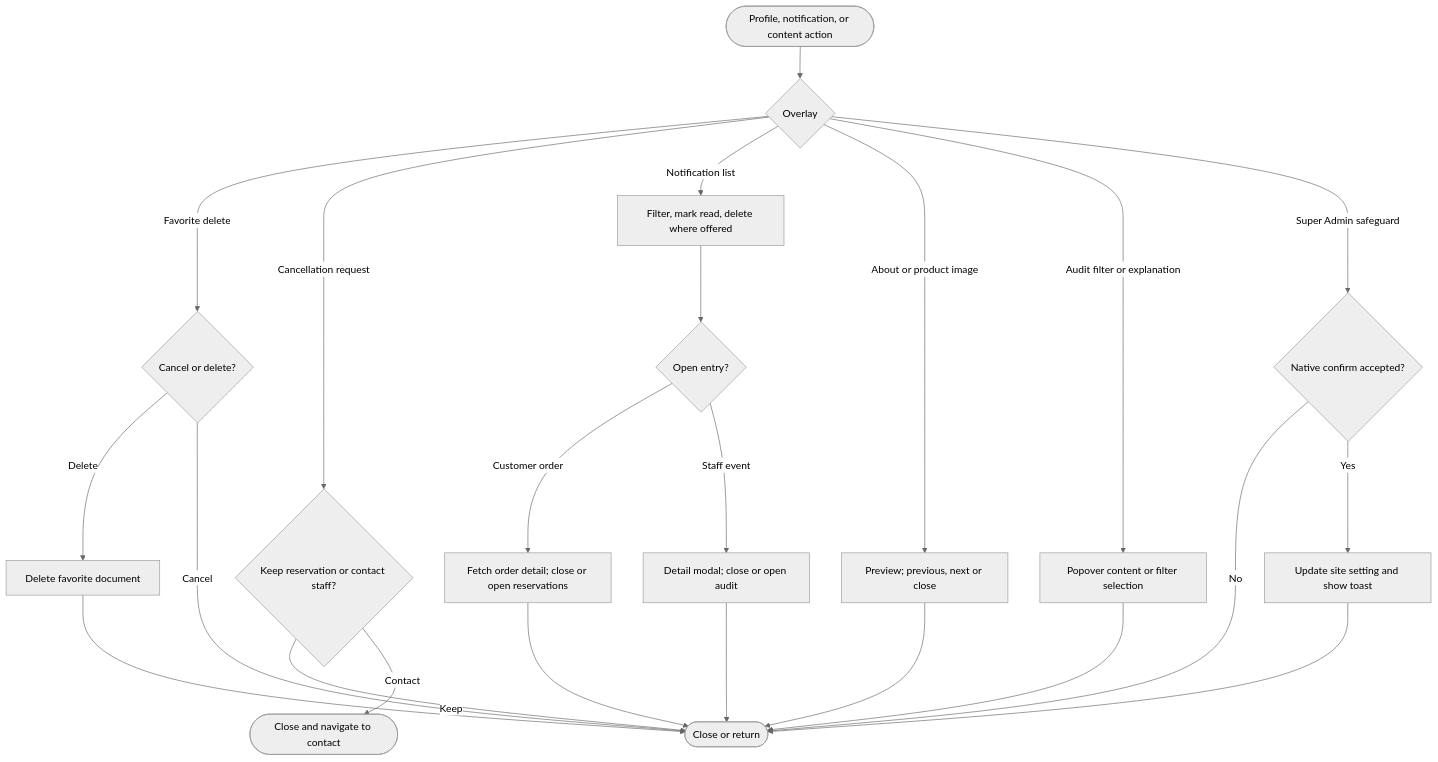
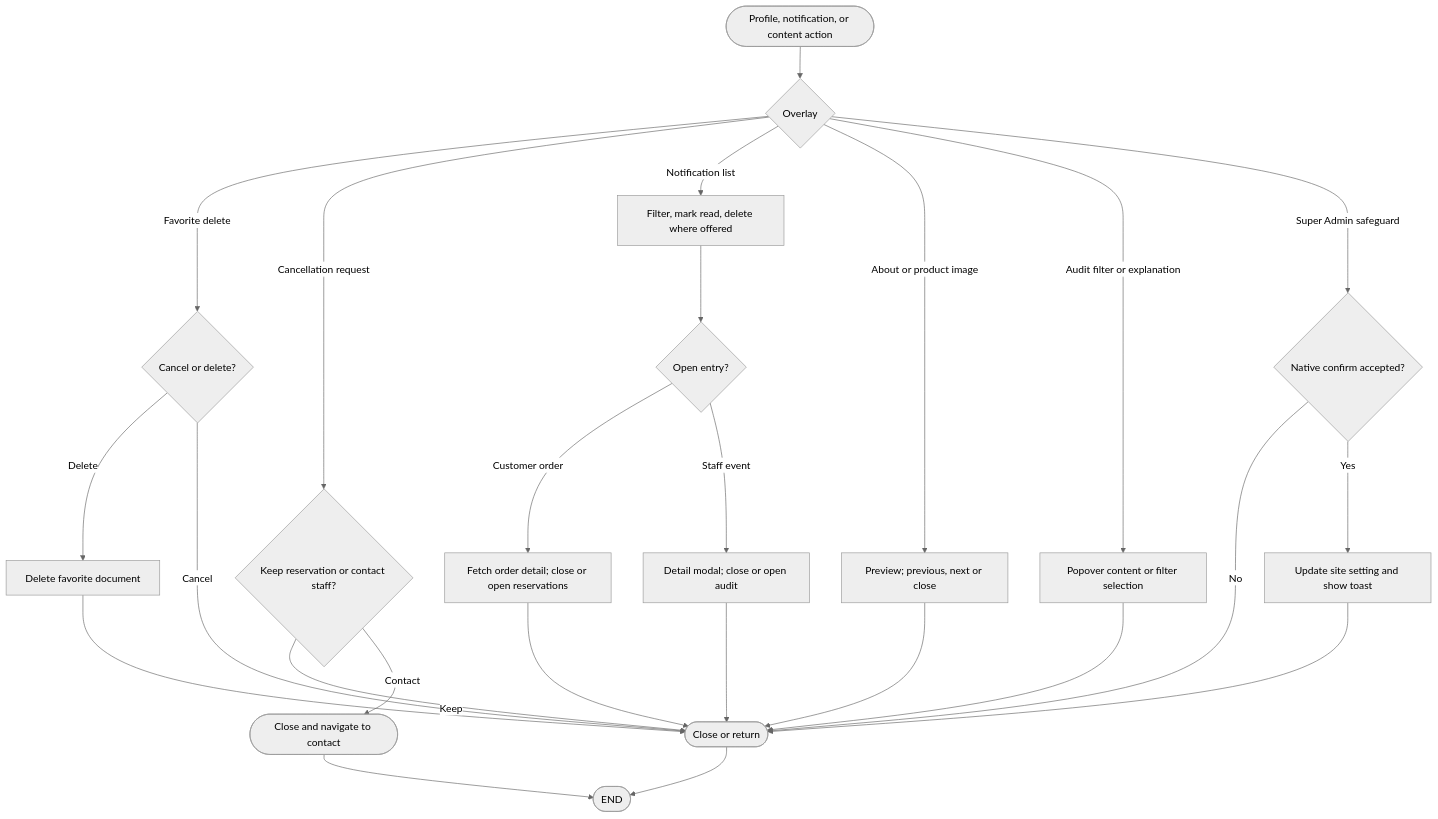
Before and after one commit to VirgenRayzon/BuilbotAI: the fourth of 4 diagrams in docs/flowcharts/popup-decision-flowcharts.md, drawn with Mermaid (neutral theme). The commit also changed other lines of this file and 109 other files, not shown here.

Commit message:
feat(builder): add live recommendations, budget slider, and updated system flowcharts

````diff
--- a/docs/flowcharts/popup-decision-flowcharts.md
+++ b/docs/flowcharts/popup-decision-flowcharts.md
@@ -108,19 +135,21 @@
 ```mermaid
 flowchart TD
   Start([Profile, notification, or content action]) --> Kind{Overlay}
   Kind -- Favorite delete --> Favorite{Cancel or delete?}
   Favorite -- Delete --> Delete[Delete favorite document] --> Return([Close or return])
   Favorite -- Cancel --> Return
   Kind -- Cancellation request --> Cancel{Keep reservation or contact staff?}
   Cancel -- Keep --> Return
   Cancel -- Contact --> Contact([Close and navigate to contact])
   Kind -- Notification list --> Notice[Filter, mark read, delete where offered]
   Notice --> Open{Open entry?}
   Open -- Customer order --> Order[Fetch order detail; close or open reservations] --> Return
   Open -- Staff event --> Staff[Detail modal; close or open audit] --> Return
   Kind -- About or product image --> Gallery[Preview; previous, next or close] --> Return
   Kind -- Audit filter or explanation --> Info[Popover content or filter selection] --> Return
   Kind -- Super Admin safeguard --> Browser{Native confirm accepted?}
   Browser -- No --> Return
   Browser -- Yes --> Write[Update site setting and show toast] --> Return
+  Return --> Finish([END])
+  Contact --> Finish
 ```
````
